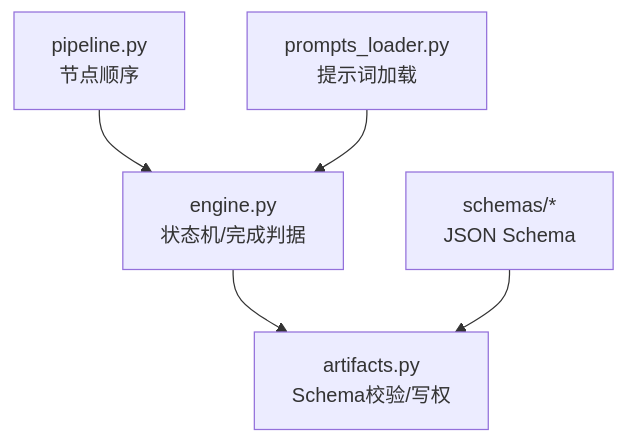
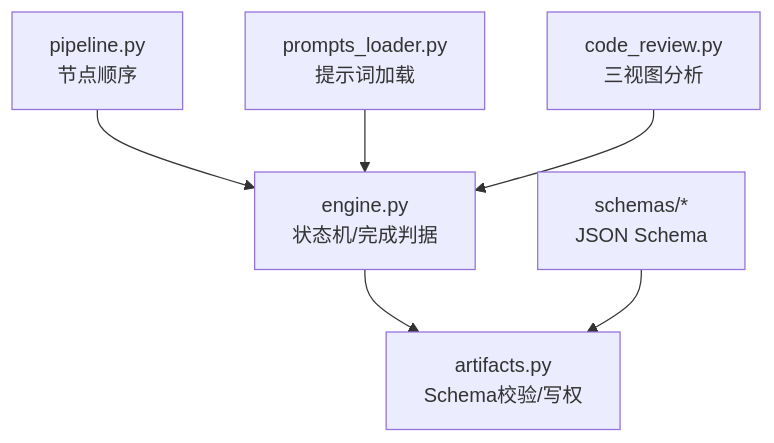
One commit to Joeyzheng001/LLM-AutoTest changed the fifth of 5 diagrams in .qoder/repowiki/zh/content/流水线工作流/代码审查节点.md. Above: the diagram before and after it, drawn with Mermaid. The commit also changed other lines of this file and 94 other files, not shown here.

````diff
--- a/.qoder/repowiki/zh/content/流水线工作流/代码审查节点.md
+++ b/.qoder/repowiki/zh/content/流水线工作流/代码审查节点.md
@@ -279,7 +374,8 @@
 ```mermaid
 graph TB
 P["pipeline.py<br/>节点顺序"] --> E["engine.py<br/>状态机/完成判据"]
 E --> A["artifacts.py<br/>Schema校验/写权"]
 L["prompts_loader.py<br/>提示词加载"] --> E
 S["schemas/*<br/>JSON Schema"] --> A
+CR["code_review.py<br/>三视图分析"] --> E
 ```
````
